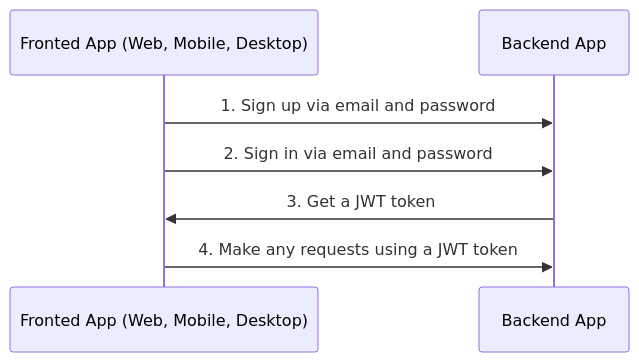
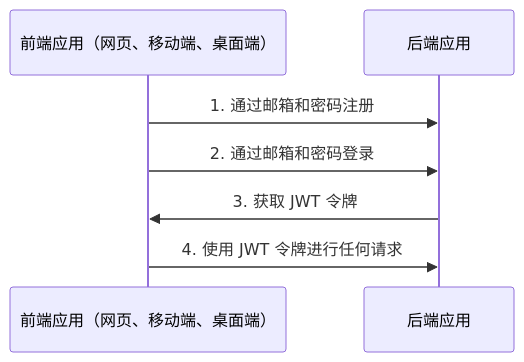
Before and after one commit to Activity-Invites/Activity-Invites-server: the first of 2 diagrams in docs/auth.md, drawn with Mermaid. The commit also changed other lines of this file and 84 other files, not shown here.

````diff
--- a/docs/auth.md
+++ b/docs/auth.md
@@ -28,10 +28,10 @@
 ```mermaid
 sequenceDiagram
-    participant A as Fronted App (Web, Mobile, Desktop)
-    participant B as Backend App
+    participant A as 前端应用（网页、移动端、桌面端）
+    participant B as 后端应用
 
-    A->>B: 1. Sign up via email and password
-    A->>B: 2. Sign in via email and password
-    B->>A: 3. Get a JWT token
-    A->>B: 4. Make any requests using a JWT token
+    A->>B: 1. 通过邮箱和密码注册
+    A->>B: 2. 通过邮箱和密码登录
+    B->>A: 3. 获取 JWT 令牌
+    A->>B: 4. 使用 JWT 令牌进行任何请求
 ```
````
